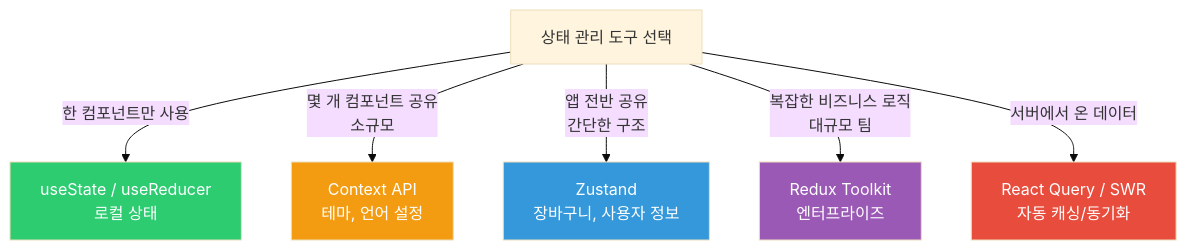
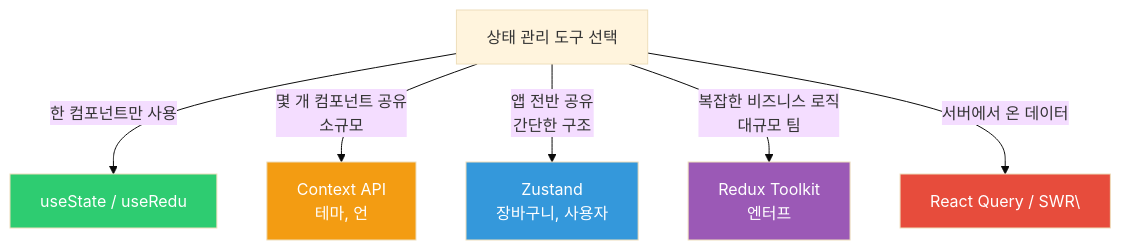
One commit to yjkim2015/yjkim2015.github.io changed the fourth of 5 diagrams in _posts/frontend/2026-05-01-react.md. Above: the diagram before and after it, drawn with Mermaid (base theme). The commit also changed other lines of this file and 271 other files, not shown here.

First line of the commit message:
Mermaid 라벨 축소: 긴 노드 텍스트 18자 이하로 트림 + \n 제거

````diff
--- a/_posts/frontend/2026-05-01-react.md
+++ b/_posts/frontend/2026-05-01-react.md
@@ -378,14 +378,14 @@
 ```mermaid
 flowchart TD
     Q["상태 관리 도구 선택"]
-    Q -->|"한 컴포넌트만 사용"| US["useState / useReducer\n로컬 상태"]
-    Q -->|"몇 개 컴포넌트 공유\n소규모"| CTX["Context API\n테마, 언어 설정"]
-    Q -->|"앱 전반 공유\n간단한 구조"| ZS["Zustand\n장바구니, 사용자 정보"]
-    Q -->|"복잡한 비즈니스 로직\n대규모 팀"| RDX["Redux Toolkit\n엔터프라이즈"]
-    Q -->|"서버에서 온 데이터"| RQ["React Query / SWR\n자동 캐싱/동기화"]
+    Q -->|"한 컴포넌트만 사용"| US["useState / useRedu"]
+    Q -->|"몇 개 컴포넌트 공유\n소규모"| CTX["Context API\n테마, 언"]
+    Q -->|"앱 전반 공유\n간단한 구조"| ZS["Zustand\n장바구니, 사용자"]
+    Q -->|"복잡한 비즈니스 로직\n대규모 팀"| RDX["Redux Toolkit\n엔터프"]
+    Q -->|"서버에서 온 데이터"| RQ["React Query / SWR\"]
     style US fill:#2ecc71,color:#fff
     style CTX fill:#f39c12,color:#fff
     style ZS fill:#3498db,color:#fff
     style RDX fill:#9b59b6,color:#fff
     style RQ fill:#e74c3c,color:#fff
 ```
````
